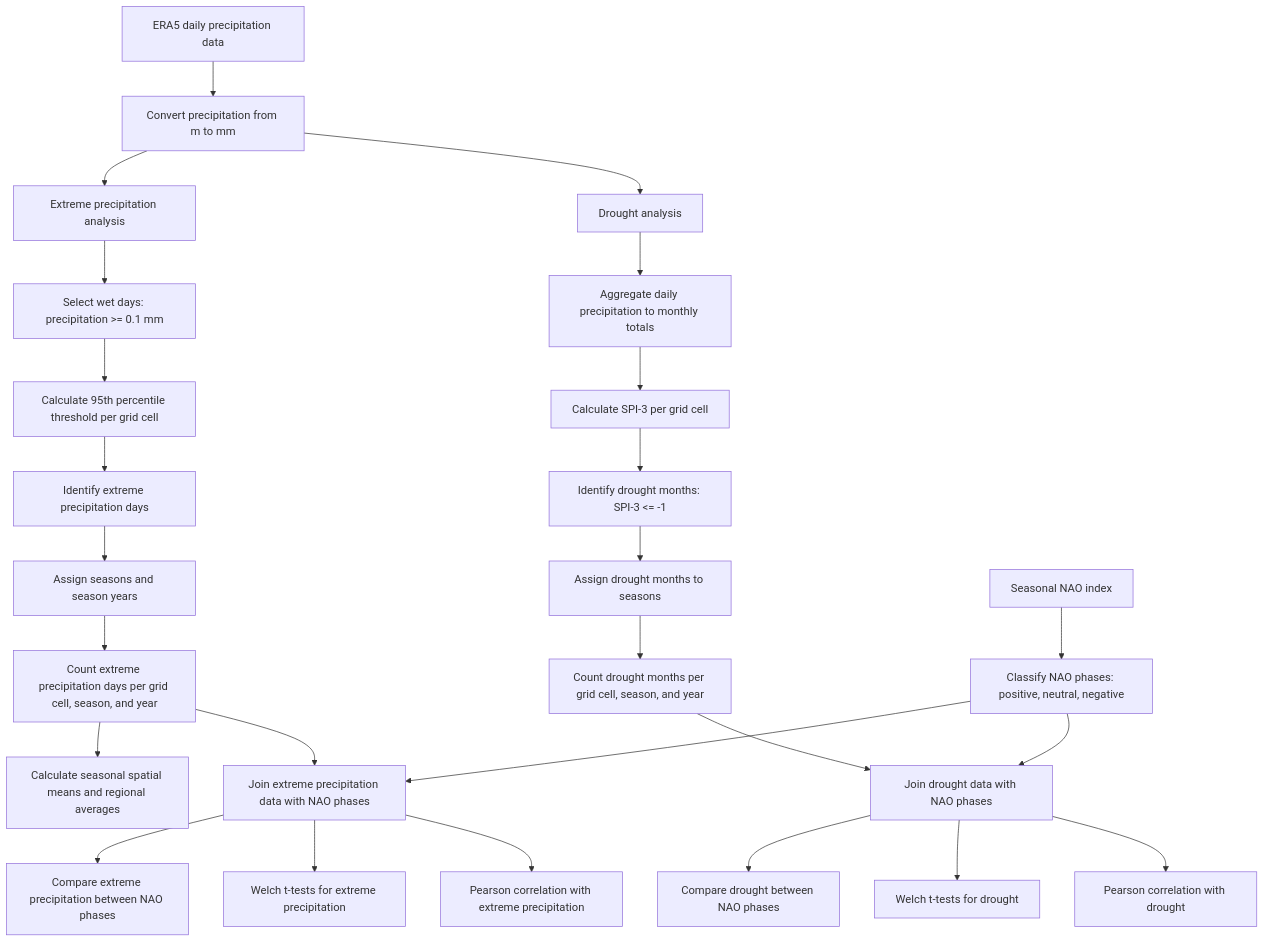
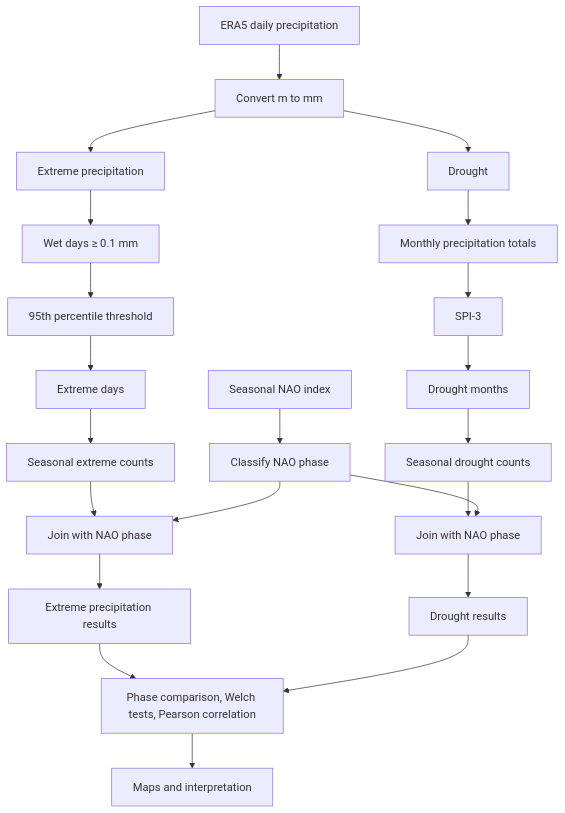
One commit to LauraDamien/NAO-Iberian-extremes changed the diagram in NAO_Iberian_Peninsula.qmd. Above: the diagram before and after it, drawn with Mermaid. The commit also changed other lines of this file and 3 other files, not shown here.

````diff
--- a/NAO_Iberian_Peninsula.qmd
+++ b/NAO_Iberian_Peninsula.qmd
@@ -260,35 +265,32 @@
 ```{mermaid}
 flowchart TD
-    A[ERA5 daily precipitation data] --> B[Convert precipitation from m to mm]
+    A[ERA5 daily precipitation] --> B[Convert m to mm]
+    N[Seasonal NAO index] --> O[Classify NAO phase]
 
-    B --> C[Extreme precipitation analysis]
-    B --> D[Drought analysis]
+    B --> C[Extreme precipitation]
+    B --> D[Drought]
 
-    C --> E[Select wet days: precipitation >= 0.1 mm]
-    E --> F[Calculate 95th percentile threshold per grid cell]
-    F --> G[Identify extreme precipitation days]
-    G --> H[Assign seasons and season years]
-    H --> I[Count extreme precipitation days per grid cell, season, and year]
-    I --> J[Calculate seasonal spatial means and regional averages]
+    C --> C1[Wet days ≥ 0.1 mm]
+    C1 --> C2[95th percentile threshold]
+    C2 --> C3[Extreme days]
+    C3 --> C4[Seasonal extreme counts]
 
-    D --> K[Aggregate daily precipitation to monthly totals]
-    K --> L[Calculate SPI-3 per grid cell]
-    L --> M[Identify drought months: SPI-3 <= -1]
-    M --> N[Assign drought months to seasons]
-    N --> O[Count drought months per grid cell, season, and year]
+    D --> D1[Monthly precipitation totals]
+    D1 --> D2[SPI-3]
+    D2 --> D3[Drought months]
+    D3 --> D4[Seasonal drought counts]
 
-    P[Seasonal NAO index] --> Q[Classify NAO phases: positive, neutral, negative]
+    C4 --> E[Join with NAO phase]
+    O --> E
 
-    I --> R[Join extreme precipitation data with NAO phases]
-    O --> S[Join drought data with NAO phases]
-    Q --> R
-    Q --> S
+    D4 --> F[Join with NAO phase]
+    O --> F
 
-    R --> T[Compare extreme precipitation between NAO phases]
-    R --> U[Welch t-tests for extreme precipitation]
-    R --> V[Pearson correlation with extreme precipitation]
+    E --> G[Extreme precipitation results]
+    F --> H[Drought results]
 
-    S --> W[Compare drought between NAO phases]
-    S --> X[Welch t-tests for drought]
-    S --> Y[Pearson correlation with drought]
+    G --> I[Phase comparison, Welch tests, Pearson correlation]
+    H --> I
+
+    I --> J[Maps and interpretation]
 ```
````
